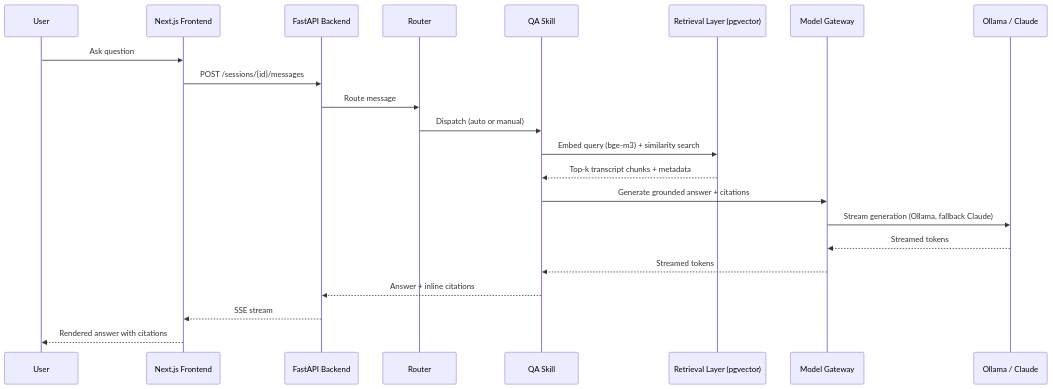
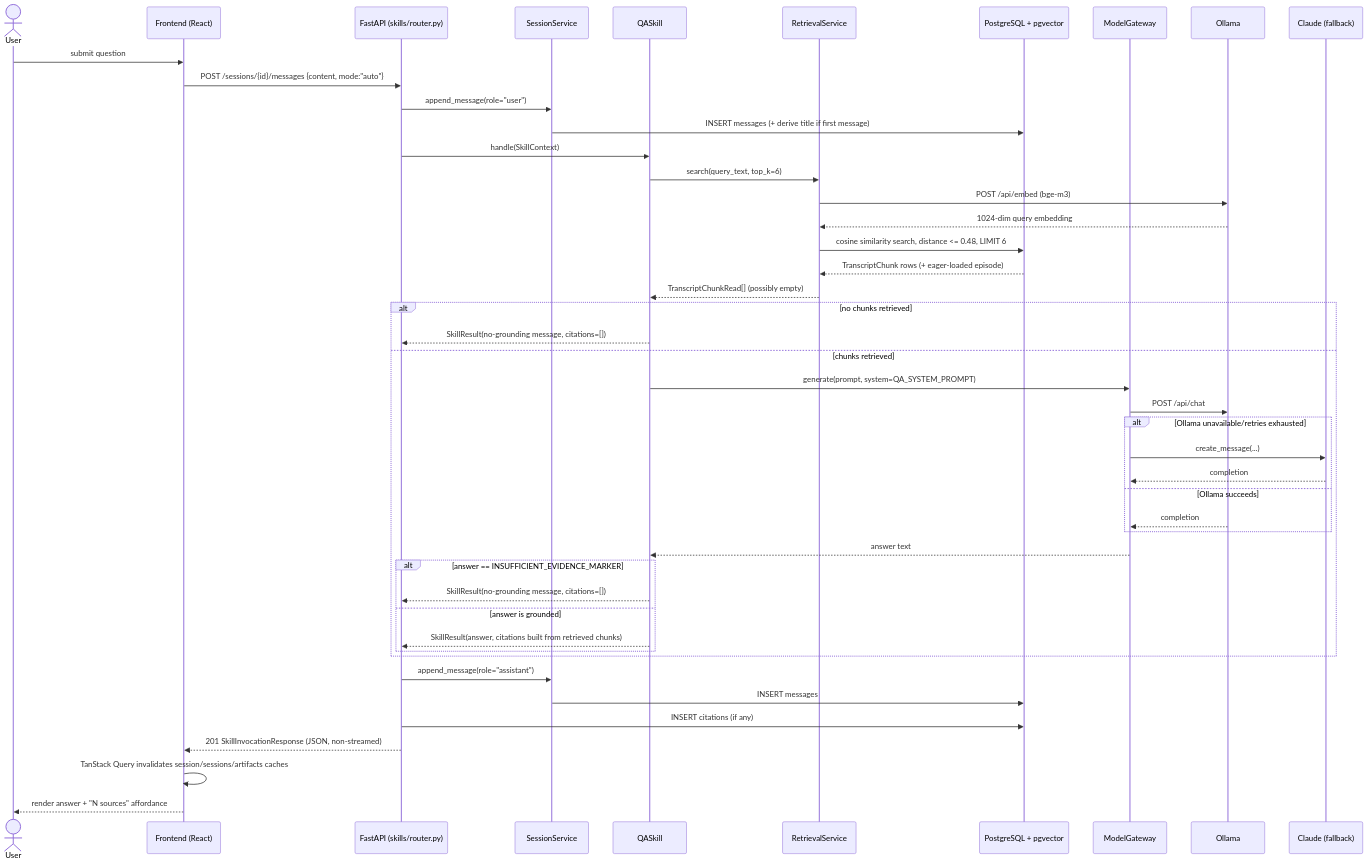
The second of 8 diagrams in docs/ARCHITECTURE.md (Lakshan-21/Lenny-Growth-Assistant), drawn with Mermaid before and after one commit. The commit also changed other lines of this file and 30 other files, not shown here.

````diff
--- a/docs/ARCHITECTURE.md
+++ b/docs/ARCHITECTURE.md
@@ -134,25 +104,49 @@
 ```mermaid
 sequenceDiagram
-    participant User
-    participant FE as Next.js Frontend
-    participant BE as FastAPI Backend
-    participant R as Router
-    participant QA as QA Skill
-    participant RAG as Retrieval Layer (pgvector)
-    participant MG as Model Gateway
-    participant M as Ollama / Claude
+    actor User
+    participant FE as Frontend (React)
+    participant API as FastAPI (skills/router.py)
+    participant SessSvc as SessionService
+    participant Skill as QASkill
+    participant Retr as RetrievalService
+    participant DB as PostgreSQL + pgvector
+    participant Gateway as ModelGateway
+    participant Ollama as Ollama
+    participant Claude as Claude (fallback)
 
-    User->>FE: Ask question
-    FE->>BE: POST /sessions/{id}/messages
-    BE->>R: Route message
-    R->>QA: Dispatch (auto or manual)
-    QA->>RAG: Embed query (bge-m3) + similarity search
-    RAG-->>QA: Top-k transcript chunks + metadata
-    QA->>MG: Generate grounded answer + citations
-    MG->>M: Stream generation (Ollama, fallback Claude)
-    M-->>MG: Streamed tokens
-    MG-->>QA: Streamed tokens
-    QA-->>BE: Answer + inline citations
-    BE-->>FE: SSE stream
-    FE-->>User: Rendered answer with citations
+    User->>FE: submit question
+    FE->>API: POST /sessions/{id}/messages {content, mode:"auto"}
+    API->>SessSvc: append_message(role="user")
+    SessSvc->>DB: INSERT messages (+ derive title if first message)
+    API->>Skill: handle(SkillContext)
+    Skill->>Retr: search(query_text, top_k=6)
+    Retr->>Ollama: POST /api/embed (bge-m3)
+    Ollama-->>Retr: 1024-dim query embedding
+    Retr->>DB: cosine similarity search, distance <= 0.48, LIMIT 6
+    DB-->>Retr: TranscriptChunk rows (+ eager-loaded episode)
+    Retr-->>Skill: TranscriptChunkRead[] (possibly empty)
+    alt no chunks retrieved
+        Skill-->>API: SkillResult(no-grounding message, citations=[])
+    else chunks retrieved
+        Skill->>Gateway: generate(prompt, system=QA_SYSTEM_PROMPT)
+        Gateway->>Ollama: POST /api/chat
+        alt Ollama unavailable/retries exhausted
+            Gateway->>Claude: create_message(...)
+            Claude-->>Gateway: completion
+        else Ollama succeeds
+            Ollama-->>Gateway: completion
+        end
+        Gateway-->>Skill: answer text
+        alt answer == INSUFFICIENT_EVIDENCE_MARKER
+            Skill-->>API: SkillResult(no-grounding message, citations=[])
+        else answer is grounded
+            Skill-->>API: SkillResult(answer, citations built from retrieved chunks)
+        end
+    end
+    API->>SessSvc: append_message(role="assistant")
+    SessSvc->>DB: INSERT messages
+    API->>DB: INSERT citations (if any)
+    API-->>FE: 201 SkillInvocationResponse (JSON, non-streamed)
+    FE->>FE: TanStack Query invalidates session/sessions/artifacts caches
+    FE-->>User: render answer + "N sources" affordance
 ```
````
